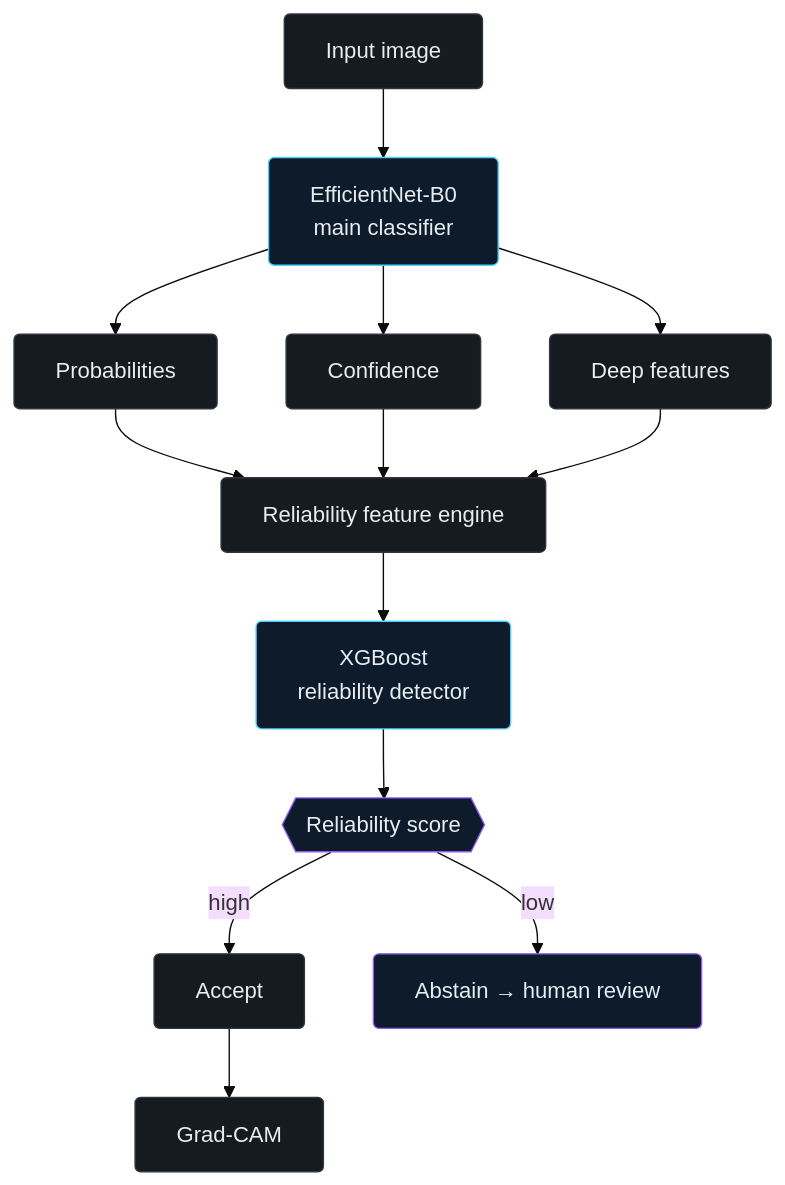
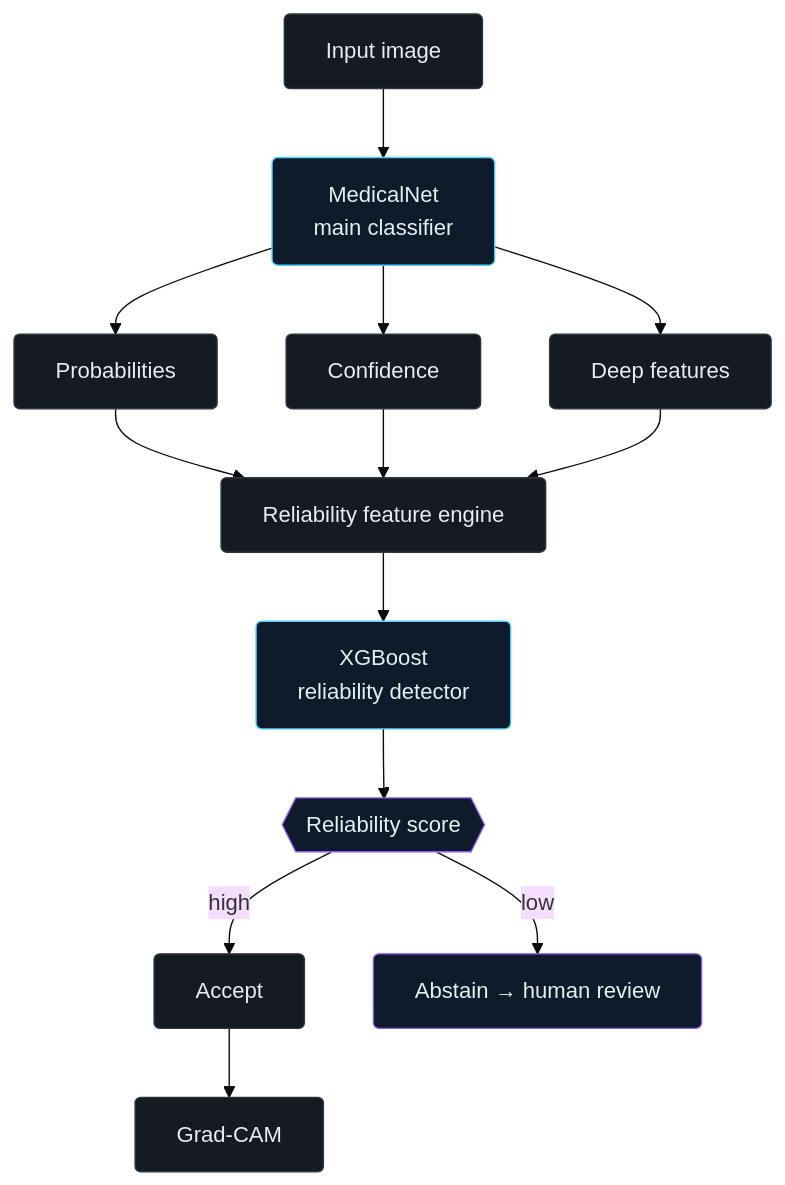
One commit to iniya304/MediShield changed the diagram in README.md. Above: the diagram before and after it, drawn with Mermaid (base theme). The commit also changed other lines of this file, not shown here.

````diff
--- a/README.md
+++ b/README.md
@@ -169,21 +169,21 @@
 ```mermaid
 flowchart TD
-    A["Input image"] --> B["EfficientNet-B0<br/>main classifier"]
+    A["Input image"] --> B["MedicalNet<br/>main classifier"]
     B --> C["Probabilities"]
     B --> D["Confidence"]
     B --> E["Deep features"]
     C --> F["Reliability feature engine"]
     D --> F
     E --> F
     F --> G["XGBoost<br/>reliability detector"]
     G --> H{{"Reliability score"}}
     H -->|high| I["Accept"]
     H -->|low| J["Abstain → human review"]
     I --> K["Grad-CAM"]
 
     classDef default fill:#161B22,stroke:#30363D,color:#E6EDF3,rx:4,ry:4
     classDef accent fill:#0D1B2A,stroke:#4FD1FF,color:#E6EDF3,rx:4,ry:4
     classDef warn fill:#0D1B2A,stroke:#8B5CF6,color:#E6EDF3,rx:4,ry:4
     class B,G accent
     class H,J warn
 ```
````
